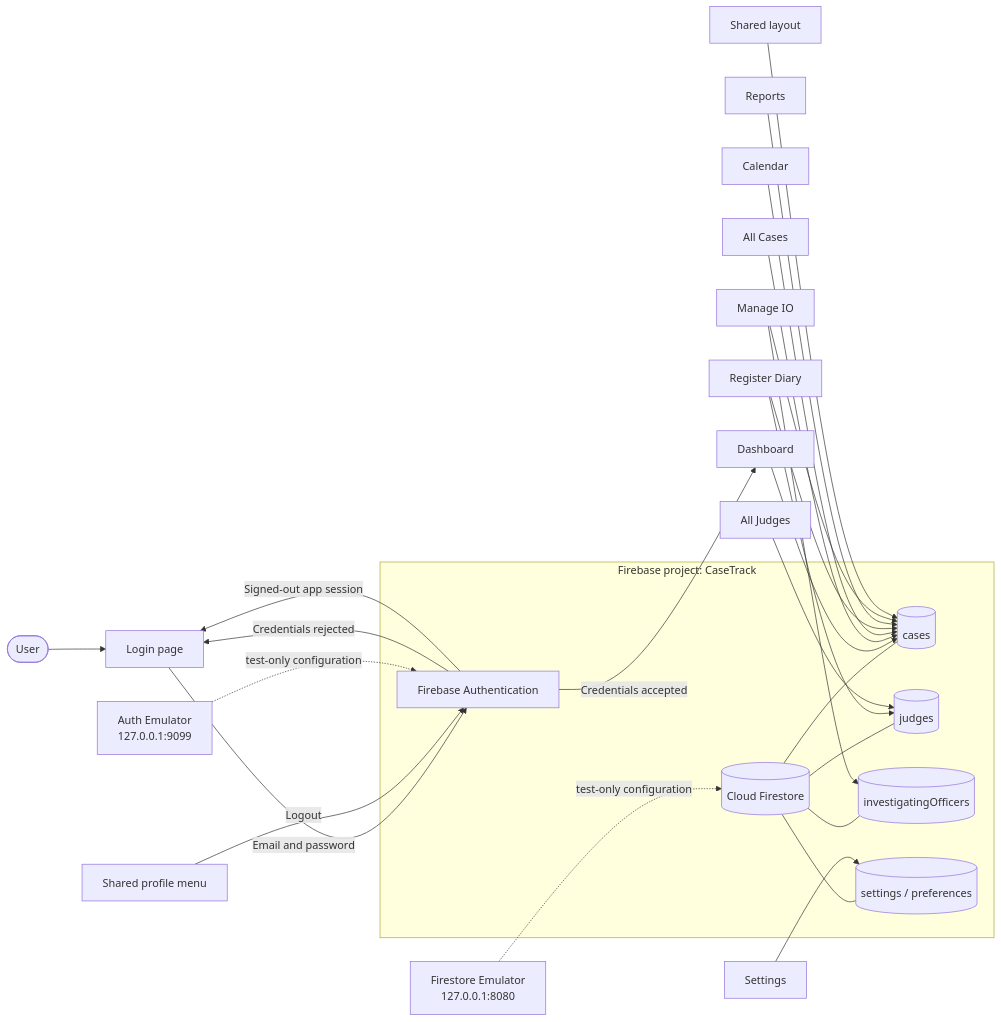
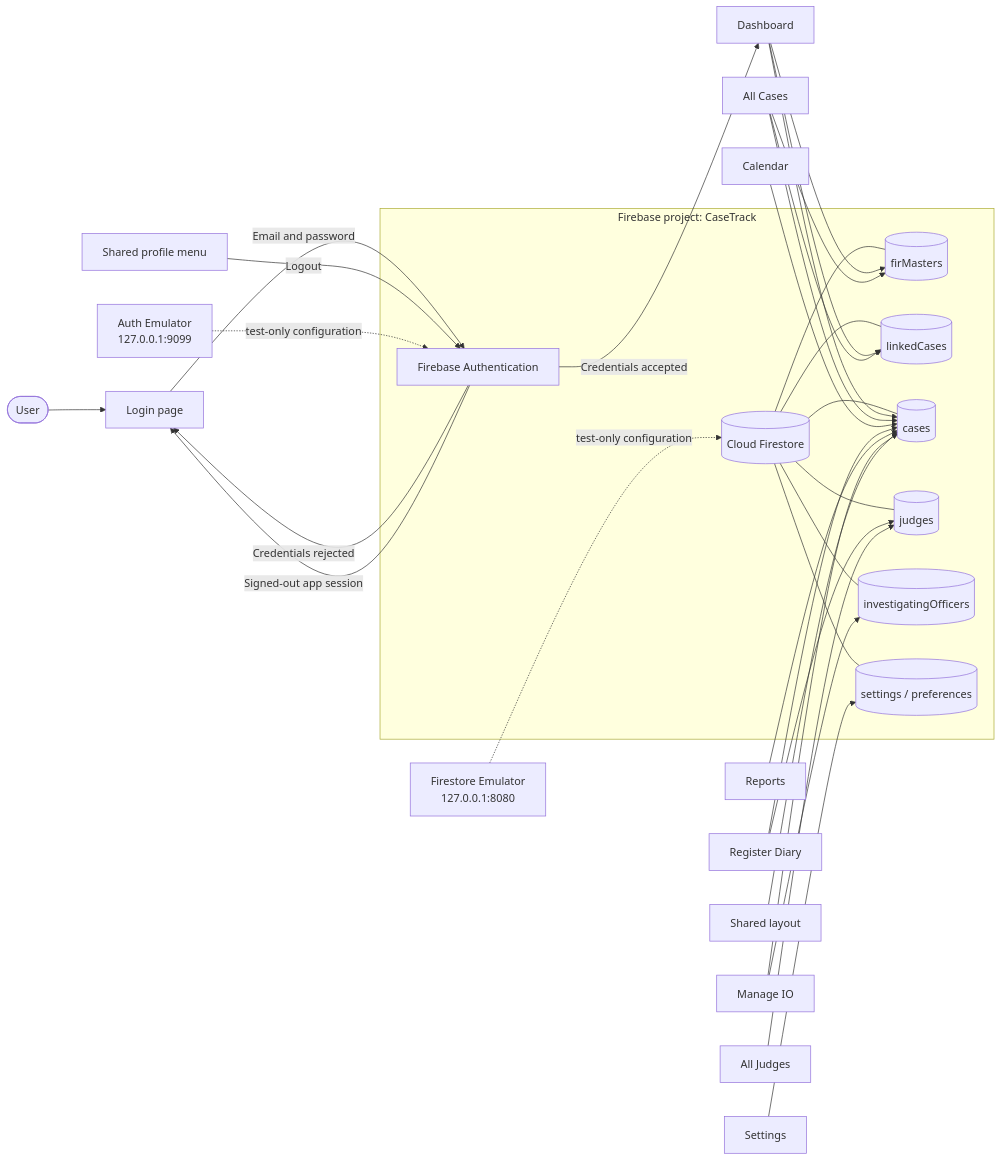
Before and after one commit to sknarwal03/CaseTrack: the third of 5 diagrams in WEBSITE-ARCHITECTURE.md, drawn with Mermaid. The commit also changed other lines of this file and 34 other files, not shown here.

````diff
--- a/WEBSITE-ARCHITECTURE.md
+++ b/WEBSITE-ARCHITECTURE.md
@@ -111,39 +111,47 @@
 ```mermaid
 flowchart LR
     User([User]) --> Login["Login page"]
     Login -->|Email and password| Auth["Firebase Authentication"]
     Auth -->|Credentials accepted| Dashboard["Dashboard"]
     Auth -->|Credentials rejected| Login
     Auth -->|Signed-out app session| Login
     Profile["Shared profile menu"] -->|Logout| Auth
 
     subgraph Firebase["Firebase project: CaseTrack"]
         Auth
         Firestore[("Cloud Firestore")]
+        FIRMasters[("firMasters")]
+        LinkedCases[("linkedCases")]
         CasesData[("cases")]
         JudgesData[("judges")]
         IOData[("investigatingOfficers")]
         PrefsData[("settings / preferences")]
         Firestore --- CasesData
+        Firestore --- FIRMasters
+        Firestore --- LinkedCases
         Firestore --- JudgesData
         Firestore --- IOData
         Firestore --- PrefsData
     end
 
     Dashboard --> CasesData
+    Dashboard --> FIRMasters
+    Dashboard --> LinkedCases
     CasesPage["All Cases"] --> CasesData
+    CasesPage --> FIRMasters
+    CasesPage --> LinkedCases
     Calendar["Calendar"] --> CasesData
     Diary["Register Diary"] --> CasesData
     Diary --> JudgesData
     Reports["Reports"] --> CasesData
     Settings["Settings"] --> PrefsData
     JudgesPage["All Judges"] --> JudgesData
     Officers["Manage IO"] --> IOData
     Officers --> CasesData
     Shared["Shared layout"] --> CasesData
 
     AuthEmulator["Auth Emulator<br/>127.0.0.1:9099"]
     StoreEmulator["Firestore Emulator<br/>127.0.0.1:8080"]
     AuthEmulator -. "test-only configuration" .-> Auth
     StoreEmulator -. "test-only configuration" .-> Firestore
 ```
````
